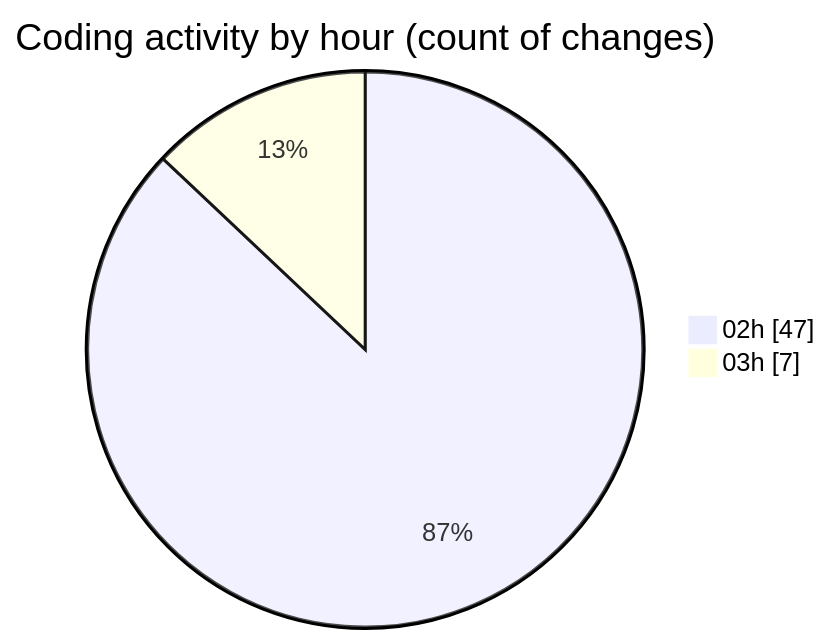
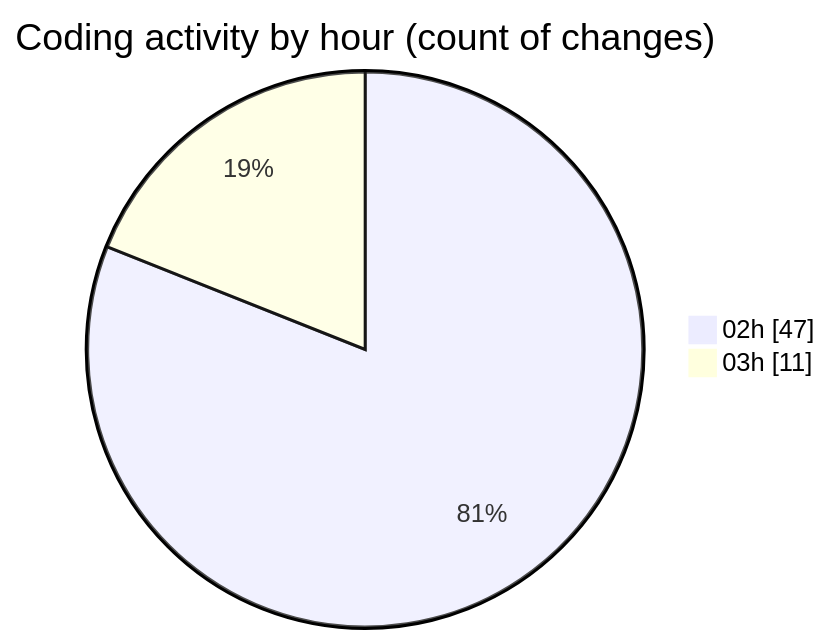
The second of 2 diagrams in 2025-01-02/3drust/README.md (ernivani/code-tracking), drawn with Mermaid before and after one commit. The commit also changed other lines of this file and 2 other files, not shown here.

````diff
--- a/2025-01-02/3drust/README.md
+++ b/2025-01-02/3drust/README.md
@@ -36,6 +36,6 @@
 ```mermaid
 pie showData
 title Coding activity by hour (count of changes)
 "02h" : 47
-"03h" : 7
+"03h" : 11
 ```
````
